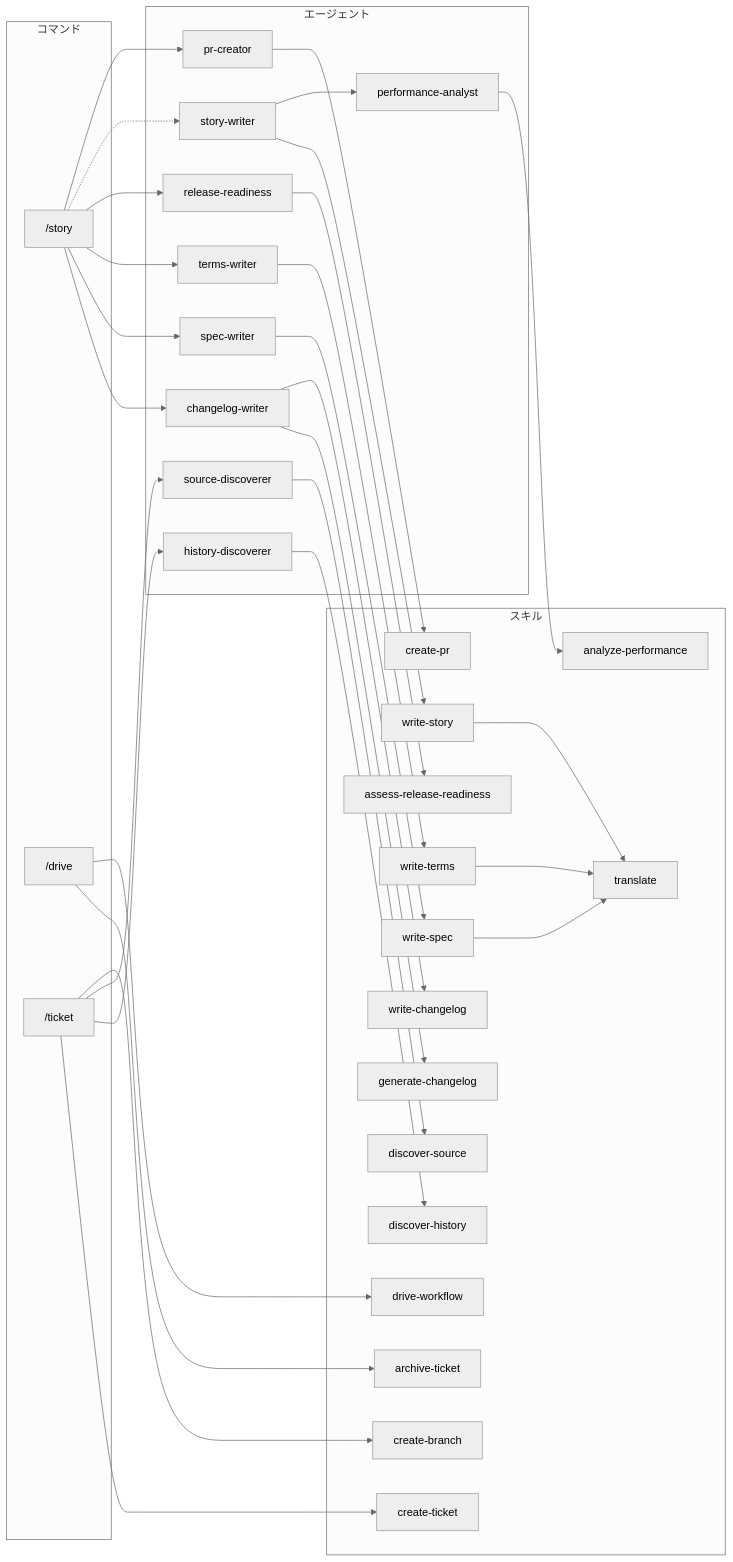
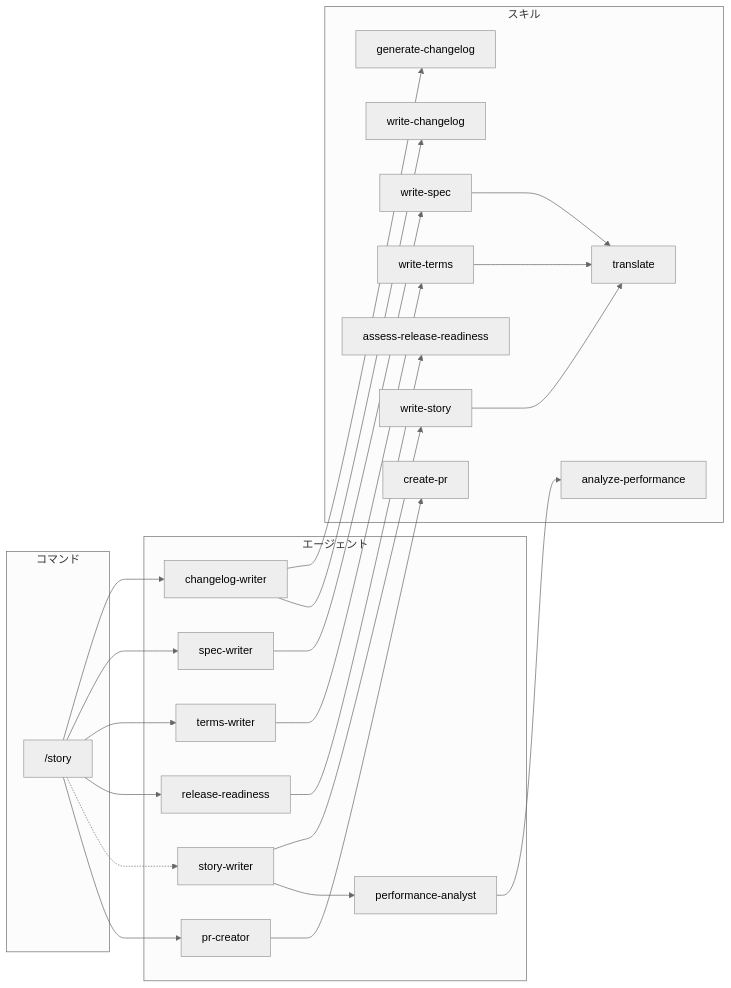
One commit to qmu/workaholic changed the fourth of 6 diagrams in .workaholic/specs/architecture_ja.md. Above: the diagram before and after it, drawn with Mermaid (neutral theme). The commit also changed other lines of this file and 2 other files, not shown here.

First line of the commit message:
Split dependency graph into per-command diagrams

````diff
--- a/.workaholic/specs/architecture_ja.md
+++ b/.workaholic/specs/architecture_ja.md
@@ -156,61 +207,45 @@
 ```mermaid
 flowchart LR
     subgraph コマンド
         story["/story"]
-        drive["/drive"]
-        ticket["/ticket"]
     end
 
     subgraph エージェント
         cw[changelog-writer]
-        sw[story-writer]
         spw[spec-writer]
         tw[terms-writer]
-        hd[history-discoverer]
-        sd[source-discoverer]
+        rr[release-readiness]
+        sw[story-writer]
         pc[pr-creator]
         pa[performance-analyst]
-        rr[release-readiness]
     end
 
     subgraph スキル
-        at[archive-ticket]
         gc[generate-changelog]
-        cb[create-branch]
-        ct[create-ticket]
-        dh[discover-history]
-        ds[discover-source]
-        dw[drive-workflow]
-        tr[translate]
-        ws[write-story]
+        wc[write-changelog]
         wsp[write-spec]
         wt[write-terms]
-        wc[write-changelog]
+        arr[assess-release-readiness]
+        ws[write-story]
+        tr[translate]
+        ap[analyze-performance]
         cp[create-pr]
-        ap[analyze-performance]
-        arr[assess-release-readiness]
     end
 
     story --> cw & spw & tw & rr
     story -.-> sw
     story --> pc
-    drive --> at & dw
-    ticket --> ct & hd & sd
-    ticket --> cb
 
-    hd --> dh
-    sd --> ds
     cw --> gc & wc
-    sw --> ws
-    sw --> pa
     spw --> wsp
     tw --> wt
+    rr --> arr
+    sw --> ws & pa
     pc --> cp
     pa --> ap
-    rr --> arr
 
-    %% Skill-to-skill dependencies
+    %% Skill-to-skill
     ws --> tr
     wsp --> tr
     wt --> tr
 ```
````
